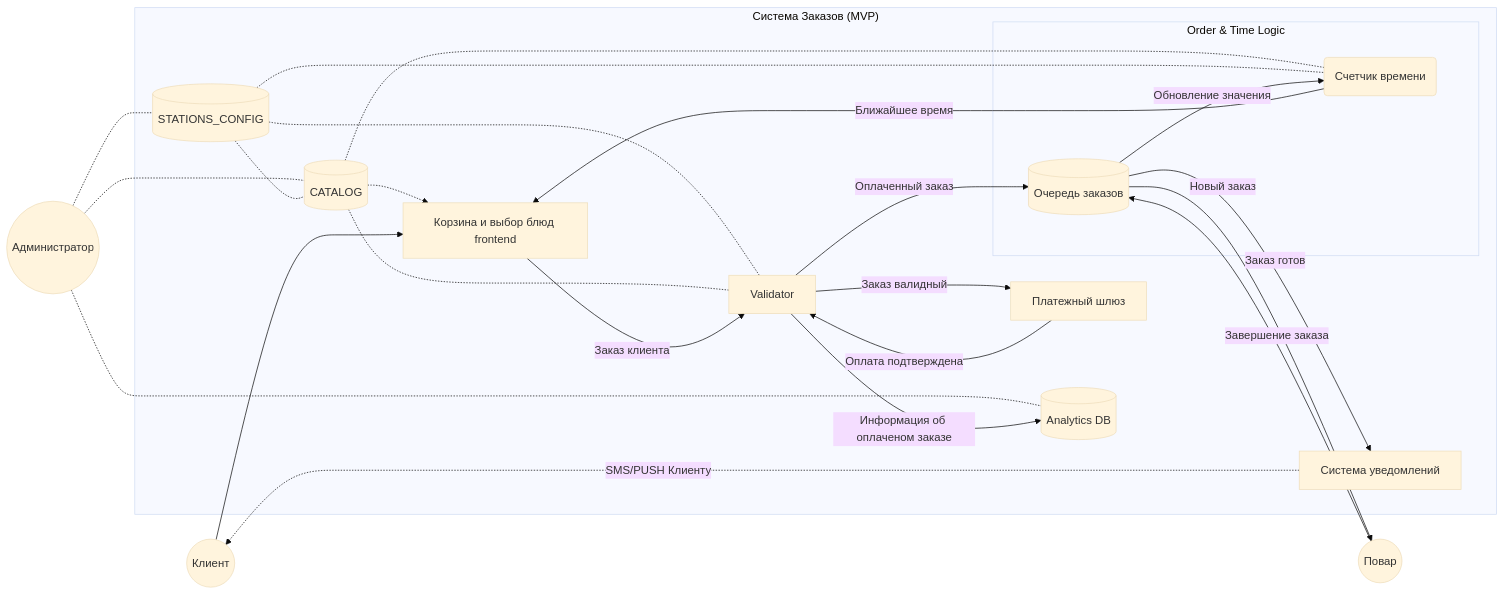
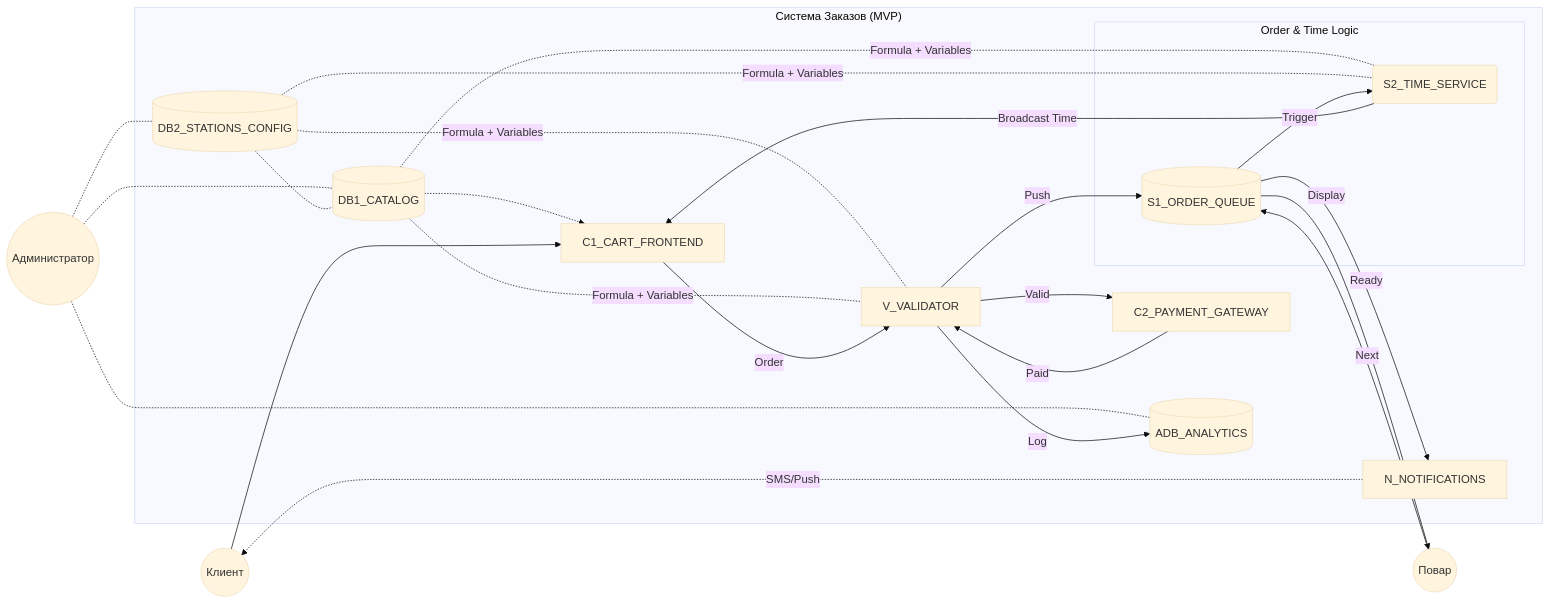
One commit to WGexe/KitchenSync changed the first of 3 diagrams in docs/EPIC_01_Ordering.md. Above: the diagram before and after it, drawn with Mermaid (base theme). The commit also changed other lines of this file, not shown here.

````diff
--- a/docs/EPIC_01_Ordering.md
+++ b/docs/EPIC_01_Ordering.md
@@ -51,52 +62,47 @@
 ```mermaid
 graph LR
     C((Клиент))
     P((Повар))
     A((Администратор))
 
     subgraph "Система Заказов (MVP)"
-        C1[Корзина и выбор блюд frontend]
-        C2[Платежный шлюз]
-        V[Validator]
-        ADB[(Analytics DB)]
-        N[Система уведомлений]
-        DB1[(CATALOG)]
-        DB2[(STATIONS_CONFIG)]
+        C1[C1_CART_FRONTEND]
+        C2[C2_PAYMENT_GATEWAY]
+        V[V_VALIDATOR]
+        ADB[(ADB_ANALYTICS)]
+        N[N_NOTIFICATIONS]
+        DB1[(DB1_CATALOG)]
+        DB2[(DB2_STATIONS_CONFIG)]
 
-        %% Группировка S1 и S2 в один логический блок
         subgraph S_Module [Order & Time Logic]
-            S1[(Очередь заказов)]
-            S2(Счетчик времени)
+            S1[(S1_ORDER_QUEUE)]
+            S2(S2_TIME_SERVICE)
         end
     end
 
-    %%Связи
     A -.- DB1
     A -.- DB2
     A -.- ADB
     DB2 -.- DB1
-    DB1 -.- S2
-    DB2 -.- S2
+    DB1 -."Formula + Variables".- S2
+    DB2 -."Formula + Variables".- S2
     DB1 -.-> C1
-    DB2 -.- V
-    DB1 -.- V
+    DB2 -."Formula + Variables".- V
+    DB1 -."Formula + Variables".- V
 
-    %% Путь клиента
     C ---> C1
-    S2 -- "Ближайшее время" --> C1
-    C1 --"Заказ клиента"--> V
+    S2 -- "Broadcast Time" --> C1
+    C1 --"Order"--> V
     
+    V --"Valid"--> C2
+    C2 -- "Paid" --> V
+    V --"Log"--> ADB
+    V --"Push"--> S1
+    S1 -- "Trigger" --> S2
     
-    %% Путь данных
-    V --"Заказ валидный"--> C2
-    C2 -- "Оплата подтверждена" --> V
-    V--"Информация об оплаченом заказе"-->ADB
-    V --"Оплаченный заказ"--> S1
-    S1 -- "Обновление значения" --> S2
-    
-    %% Путь повара и оповещение
-    S1 --"Новый заказ"--> P
-    P -- "Завершение заказа" --> S1
-    S1 -- "Заказ готов" --> N
-    N -. "SMS/PUSH Клиенту" .-> C
+    S1 --"Display"--> P
+    P -- "Next" --> S1
+    S1 -- "Ready" --> N
+    N -. "SMS/Push" .-> C
+
 ```
````
